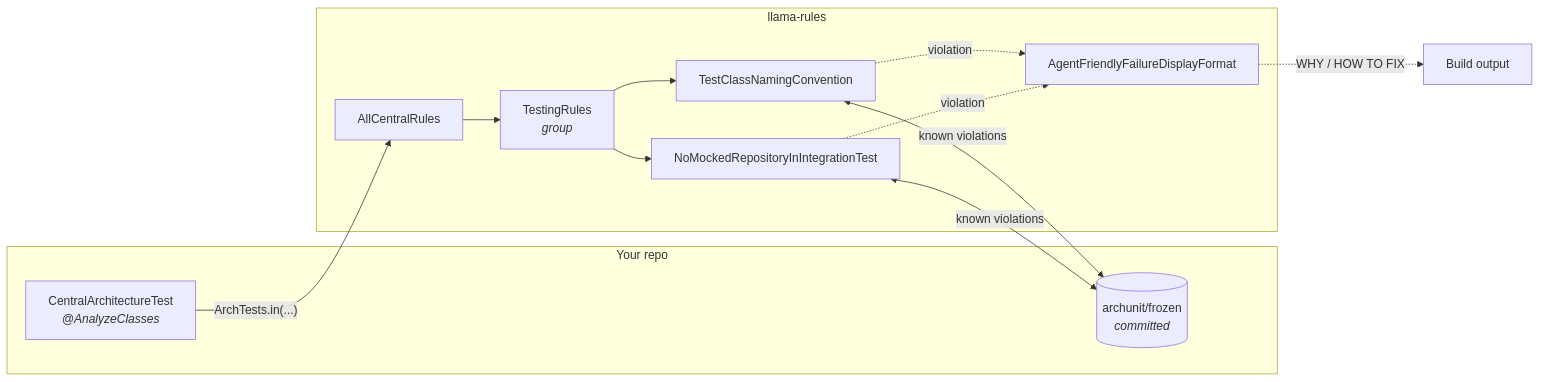
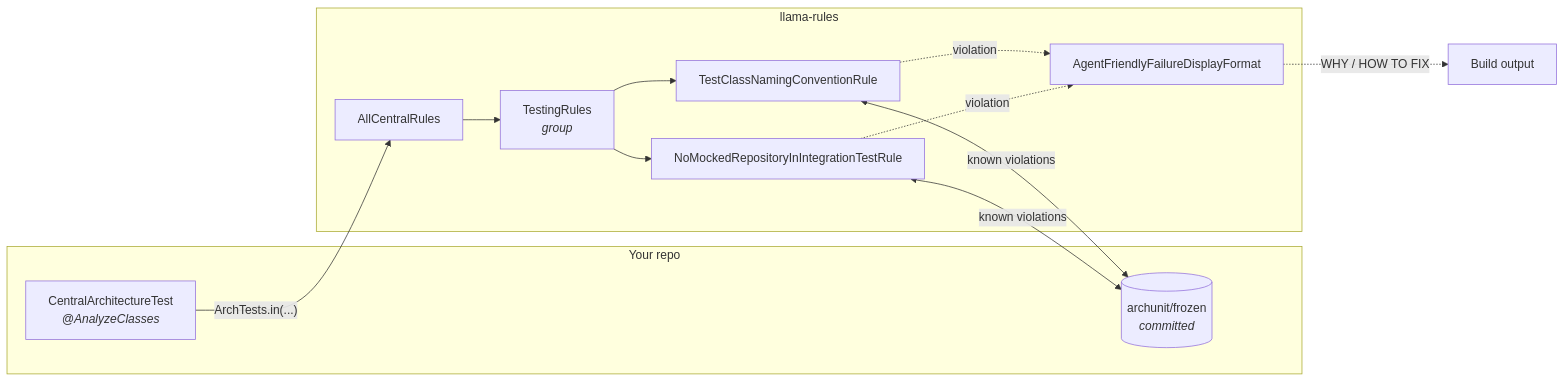
The first of 2 diagrams in README.md (MilczekT1/Corral), drawn with Mermaid before and after one commit. The commit also changed other lines of this file and 8 other files, not shown here.

````diff
--- a/README.md
+++ b/README.md
@@ -19,23 +19,23 @@
 ```mermaid
 flowchart LR
     subgraph consumer["Your repo"]
         CT["CentralArchitectureTest<br/><i>@AnalyzeClasses</i>"]
         STORE[("archunit/frozen<br/><i>committed</i>")]
     end
 
     subgraph lib["llama-rules"]
         ACR["AllCentralRules"]
         TG["TestingRules<br/><i>group</i>"]
-        R1["TestClassNamingConvention"]
-        R2["NoMockedRepositoryInIntegrationTest"]
+        R1["TestClassNamingConventionRule"]
+        R2["NoMockedRepositoryInIntegrationTestRule"]
         FMT["AgentFriendlyFailureDisplayFormat"]
     end
 
     CT -->|"ArchTests.in(...)"| ACR
     ACR --> TG
     TG --> R1
     TG --> R2
     R1 & R2 -.->|"violation"| FMT
     FMT -.->|"WHY / HOW TO FIX"| OUT["Build output"]
     R1 & R2 <-->|"known violations"| STORE
 ```
````
